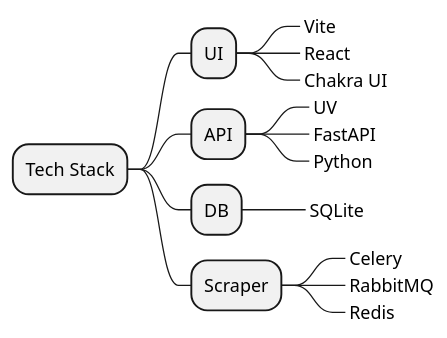
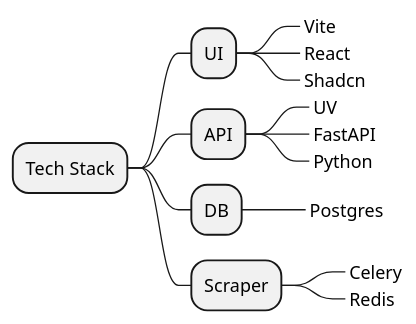
Before and after one commit to tejas0908/EasyScraper: the diagram in docs/plantuml/src/tech-stack.plantuml, drawn with PlantUML. The commit also changed 9 other files, not shown here.

```diff
--- a/docs/plantuml/src/tech-stack.plantuml
+++ b/docs/plantuml/src/tech-stack.plantuml
@@ -1,17 +1,16 @@
 @startmindmap
 * Tech Stack
 ** UI
 ***_ Vite
 ***_ React
-***_ Chakra UI
+***_ Shadcn
 ** API
 ***_ UV
 ***_ FastAPI
 ***_ Python
 ** DB
-***_ SQLite
+***_ Postgres
 ** Scraper
 ***_ Celery
-***_ RabbitMQ
 ***_ Redis
 @endmindmap
```
